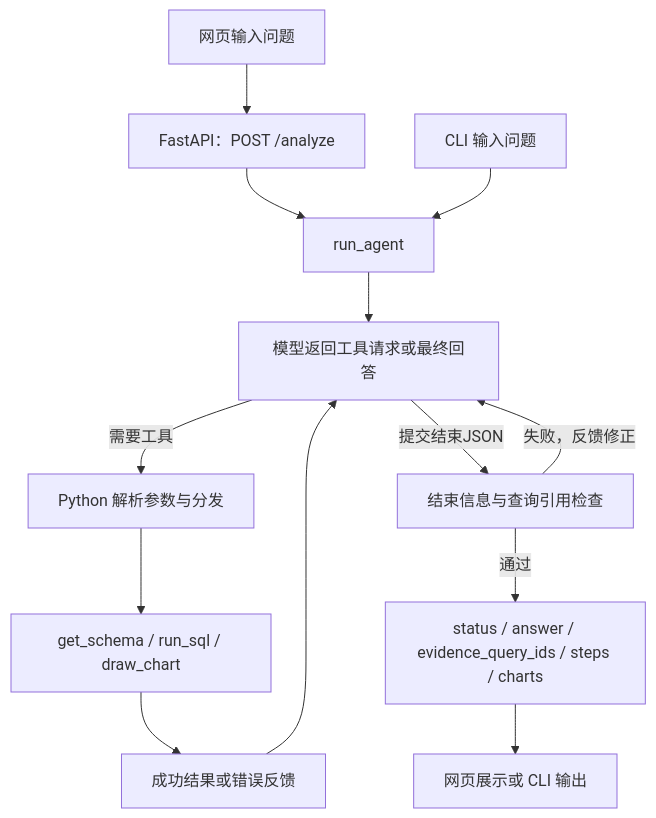
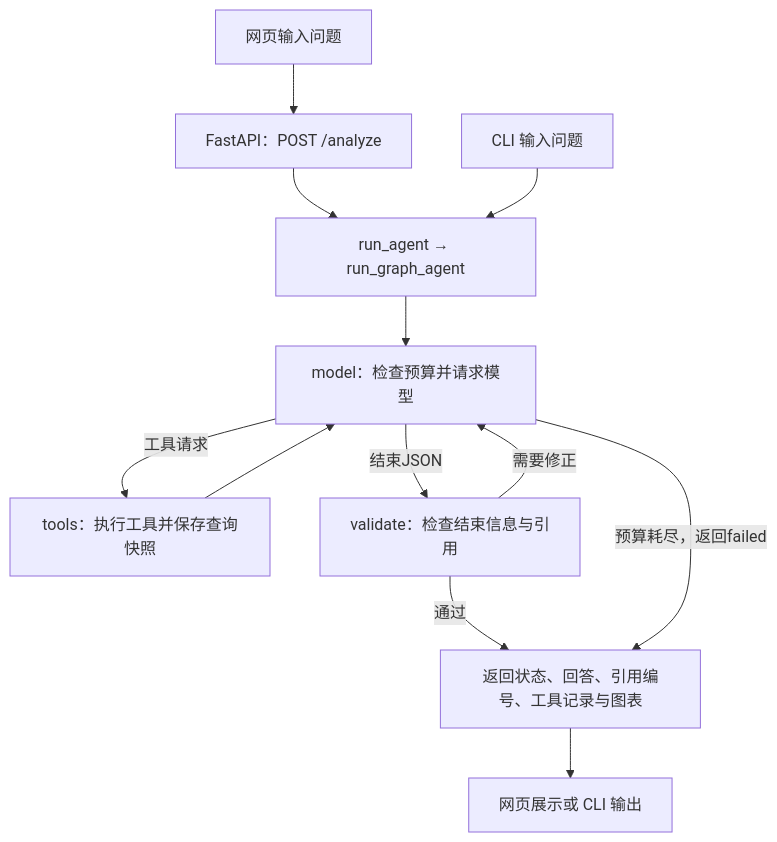
The diagram in README.md (Lishaoxin/business-analysis-agent), drawn with Mermaid before and after one commit. The commit also changed other lines of this file and 9 other files, not shown here.

````diff
--- a/README.md
+++ b/README.md
@@ -16,15 +18,14 @@
 ```mermaid
 flowchart TD
     U["网页输入问题"] --> H["FastAPI：POST /analyze"]
-    H --> A["run_agent"]
+    H --> A["run_agent → run_graph_agent"]
     C["CLI 输入问题"] --> A
-    A --> M["模型返回工具请求或最终回答"]
-    M -->|需要工具| P["Python 解析参数与分发"]
-    P --> T["get_schema / run_sql / draw_chart"]
-    T --> F["成功结果或错误反馈"]
-    F --> M
-    M -->|提交结束JSON| E["结束信息与查询引用检查"]
-    E -->|通过| R["status / answer / evidence_query_ids / steps / charts"]
-    E -->|失败，反馈修正| M
-    R --> V["网页展示或 CLI 输出"]
+    A --> M["model：检查预算并请求模型"]
+    M -->|工具请求| T["tools：执行工具并保存查询快照"]
+    T --> M
+    M -->|结束JSON| V["validate：检查结束信息与引用"]
+    V -->|需要修正| M
+    V -->|通过| R["返回状态、回答、引用编号、工具记录与图表"]
+    M -->|预算耗尽，返回failed| R
+    R --> D["网页展示或 CLI 输出"]
 ```
````
